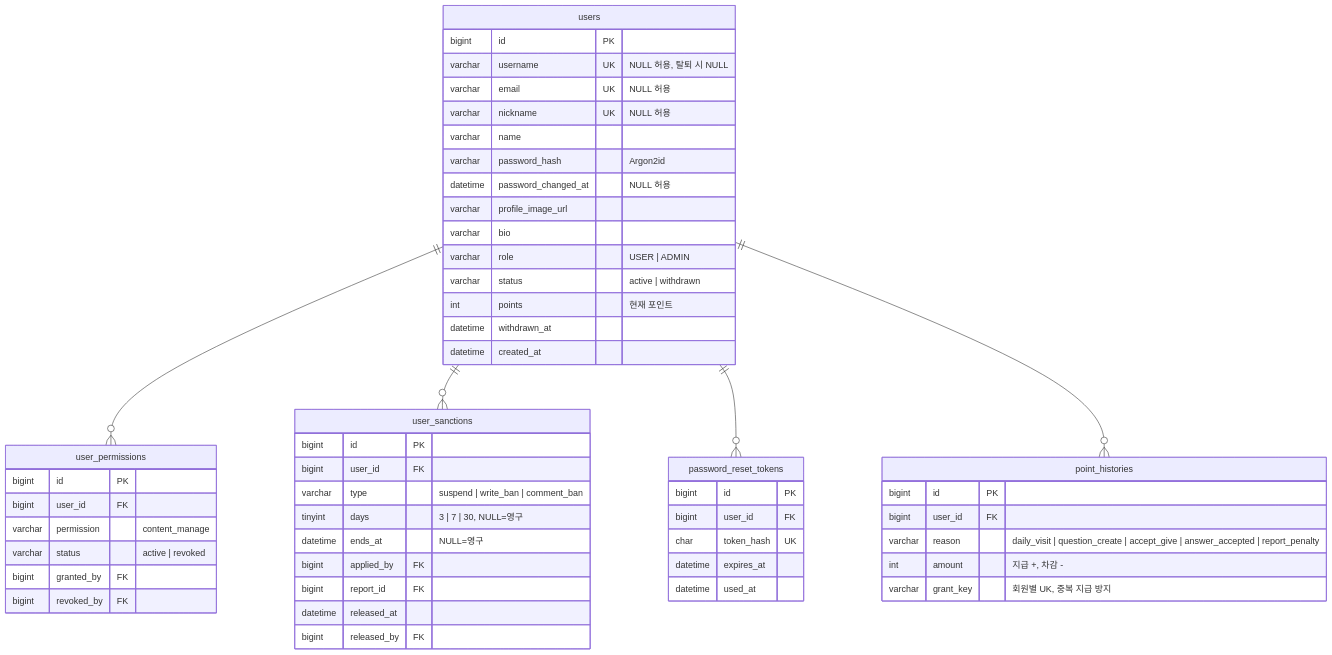
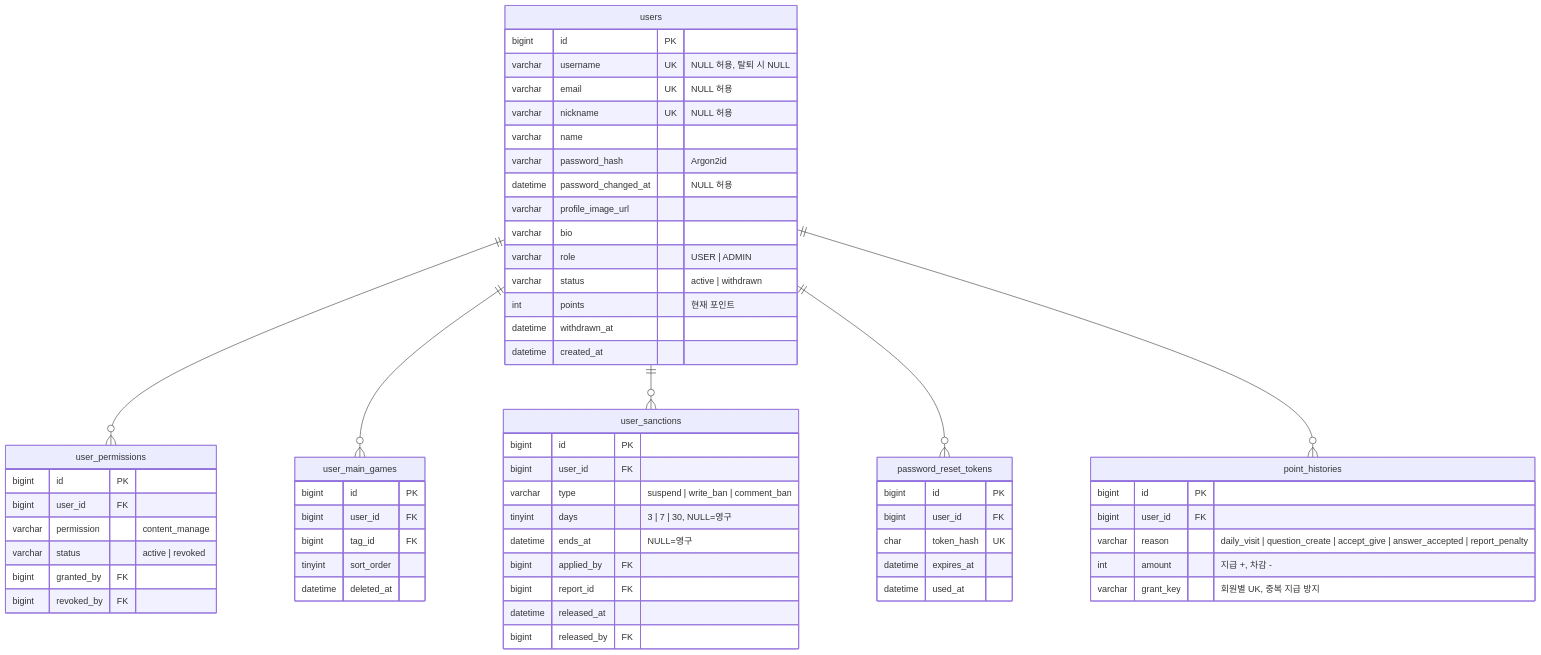
One commit to likelion-backendschool-11st/basic-project-1team changed the second of 4 diagrams in docs/04-db-design.md. Above: the diagram before and after it, drawn with Mermaid. The commit also changed other lines of this file and 20 other files, not shown here.

````diff
--- a/docs/04-db-design.md
+++ b/docs/04-db-design.md
@@ -107,56 +109,64 @@
 ```mermaid
 erDiagram
     users {
         bigint id PK
         varchar username UK "NULL 허용, 탈퇴 시 NULL"
         varchar email UK "NULL 허용"
         varchar nickname UK "NULL 허용"
         varchar name
         varchar password_hash "Argon2id"
         datetime password_changed_at "NULL 허용"
         varchar profile_image_url
         varchar bio
         varchar role "USER | ADMIN"
         varchar status "active | withdrawn"
         int points "현재 포인트"
         datetime withdrawn_at
         datetime created_at
     }
     point_histories {
         bigint id PK
         bigint user_id FK
         varchar reason "daily_visit | question_create | accept_give | answer_accepted | report_penalty"
         int amount "지급 +, 차감 -"
         varchar grant_key "회원별 UK, 중복 지급 방지"
     }
     user_permissions {
         bigint id PK
         bigint user_id FK
         varchar permission "content_manage"
         varchar status "active | revoked"
         bigint granted_by FK
         bigint revoked_by FK
     }
     user_sanctions {
         bigint id PK
         bigint user_id FK
         varchar type "suspend | write_ban | comment_ban"
         tinyint days "3 | 7 | 30, NULL=영구"
         datetime ends_at "NULL=영구"
         bigint applied_by FK
         bigint report_id FK
         datetime released_at
         bigint released_by FK
     }
     password_reset_tokens {
         bigint id PK
         bigint user_id FK
         char token_hash UK
         datetime expires_at
         datetime used_at
     }
+    user_main_games {
+        bigint id PK
+        bigint user_id FK
+        bigint tag_id FK
+        tinyint sort_order
+        datetime deleted_at
+    }
     users ||--o{ user_permissions : ""
+    users ||--o{ user_main_games : ""
     users ||--o{ user_sanctions : ""
     users ||--o{ password_reset_tokens : ""
     users ||--o{ point_histories : ""
 ```
````
